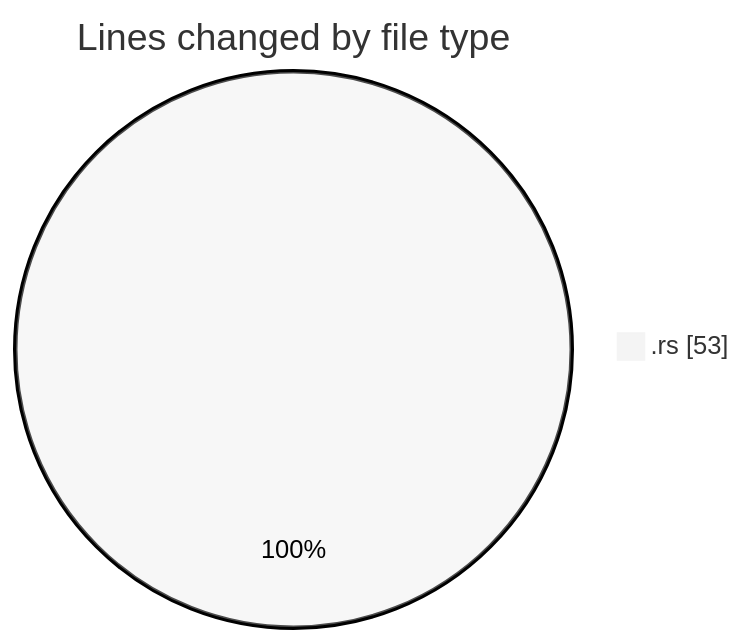
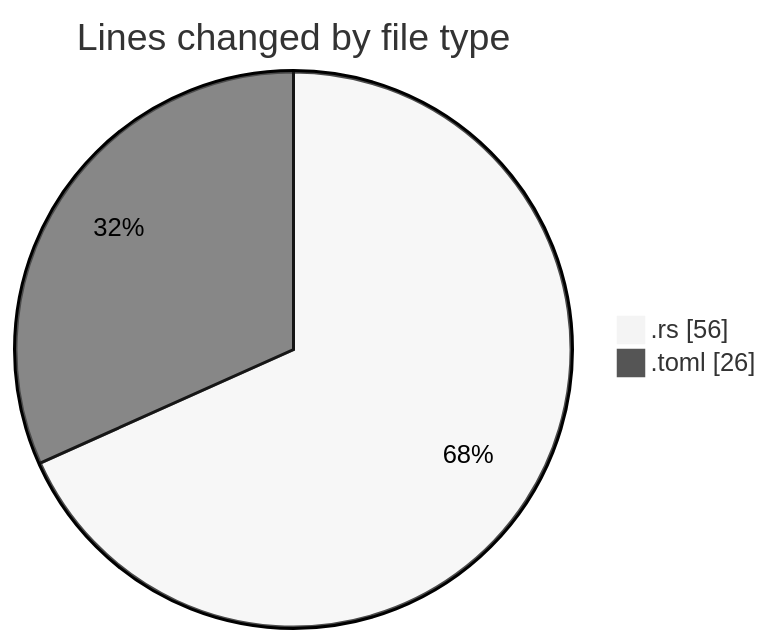
Before and after one commit to Ritupan-Deka/code-tracking: the first of 2 diagrams in 2025-12-27/rust/README.md, drawn with Mermaid (neutral theme). The commit also changed other lines of this file and 1 other file, not shown here.

````diff
--- a/2025-12-27/rust/README.md
+++ b/2025-12-27/rust/README.md
@@ -20,5 +21,6 @@
 ```mermaid
 pie showData
 title Lines changed by file type
-".rs" : 53
+".rs" : 56
+".toml" : 26
 ```
````
